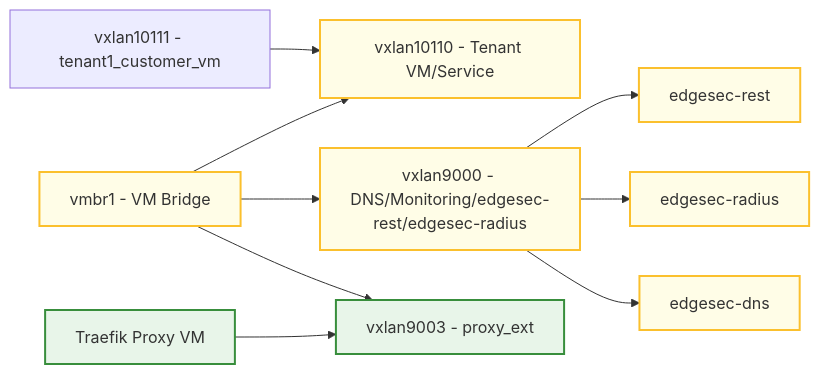
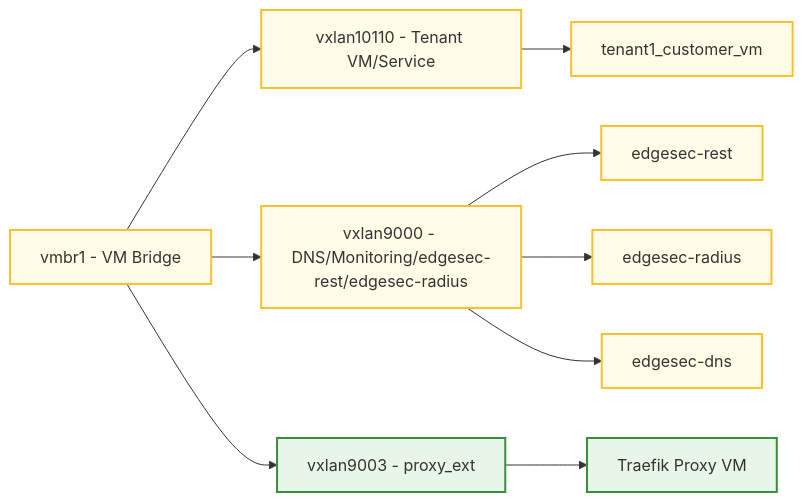
Before and after one commit to CEP-Comwell/proxmox_addons: the third of 4 diagrams in README.md, drawn with Mermaid.

````diff
--- a/README.md
+++ b/README.md
@@ -95,24 +95,26 @@
 ```mermaid
 graph LR
 VMBridge[vmbr1 - VM Bridge]
 VX10110[vxlan10110 - Tenant VM/Service]
-CustVM[vxlan10111 - tenant1_customer_vm]
 VX9000[vxlan9000 - DNS/Monitoring/edgesec-rest/edgesec-radius]
 VX9003[vxlan9003 - proxy_ext]
+CustVM[tenant1_customer_vm]
 RestVM[edgesec-rest]
 RadiusVM[edgesec-radius]
 DNSVM[edgesec-dns]
 ProxyVM[Traefik Proxy VM]
+
 VMBridge --> VX10110
 VMBridge --> VX9000
 VMBridge --> VX9003
+VX10110 --> CustVM
 VX9000 --> RestVM
 VX9000 --> RadiusVM
 VX9000 --> DNSVM
-ProxyVM --> VX9003
-CustVM --> VX10110
+VX9003 --> ProxyVM
+
 classDef vm fill:#fffde7,stroke:#fbc02d,stroke-width:2px;
 classDef proxy fill:#e8f5e9,stroke:#388e3c,stroke-width:2px;
-class VMBridge,VX10110,VX9000,VX9006,RestVM,RadiusVM,DNSVM vm;
+class VMBridge,VX10110,VX9000,CustVM,RestVM,RadiusVM,DNSVM vm;
 class VX9003,ProxyVM proxy;
 ```
````
